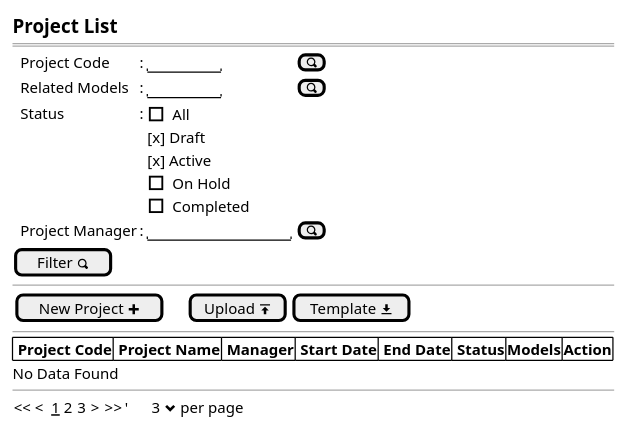
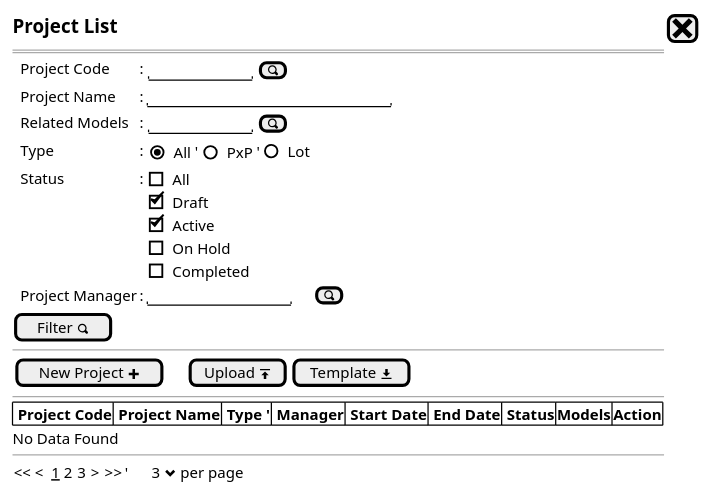
Before and after one commit to ari-fikri/packing-cost-mockup: the diagram in Project/project - new step0.puml, drawn with PlantUML. The commit also changed 3 other files, not shown here.

Commit message:
To Project forms: - Add X (close) button - Add Upload/Download template - Add Project type to filter and tables (lot/part by part)

```diff
--- a/Project/project - new step0.puml
+++ b/Project/project - new step0.puml
@@ -1,34 +1,36 @@
 @startsalt
 {
-  <size:15><b>Project List
+  <size:15><b>Project List|[<size:25><&x>]|*
   ==
   {
-    .|Project Code      |: |"       "|[<&magnifying-glass>]|*
-    .|Related Models    |: |"       "| [<&magnifying-glass>]|*
+    .|Project Code      |: {|"          "|[<&magnifying-glass>]|}*
+    .|Project Name      |: |"                        "|*    
+    .|Related Models    |: {|"          "| [<&magnifying-glass>]|}*
+    .|Type              |: {|{(X)All}   '|    {()PxP}        '|   ()Lot}
     .|Status |:|
     {
       [ ] All
-      [x] Draft
-      [x] Active
+      [X] Draft
+      [X] Active
       [ ] On Hold
       [ ] Completed
     }|*
     .|Project Manager |: |"              "|[<&magnifying-glass>]|*
   }
   [Filter <&magnifying-glass>]|
   .
   --
   {
   [New Project <&plus>]||.|.|.|[Upload <&data-transfer-upload>]| [Template <&data-transfer-download>]|*
   }
   --
   {#
-    |<b> Project Code    |<b> Project Name          |<b> Manager         |<b> Start Date |<b> End Date   |<b> Status     |<b>Models     |<b>Action |*|*|*|*|*|*|*
+    |<b> Project Code    |<b> Project Name          |<b> Type '|<b> Manager         |<b> Start Date |<b> End Date   |<b> Status     |<b>Models     |<b>Action |*|*|*|*|*|*|*
   }
   No Data Found
   --
   {
   << <  __1__ 2 3  > >>  |'      3 <&chevron-bottom> per page |*
   }
 }
 @endsalt
```
